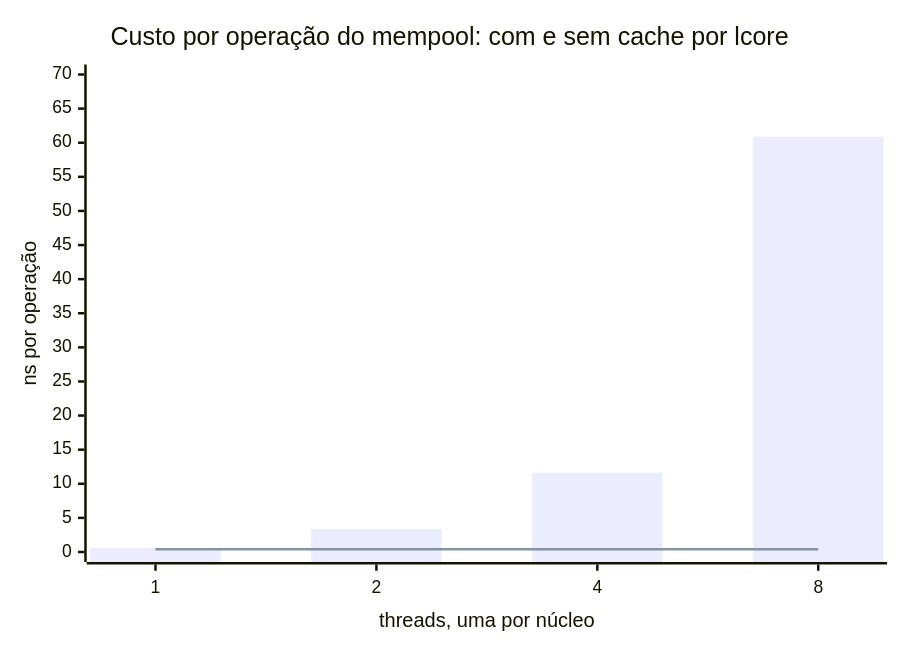
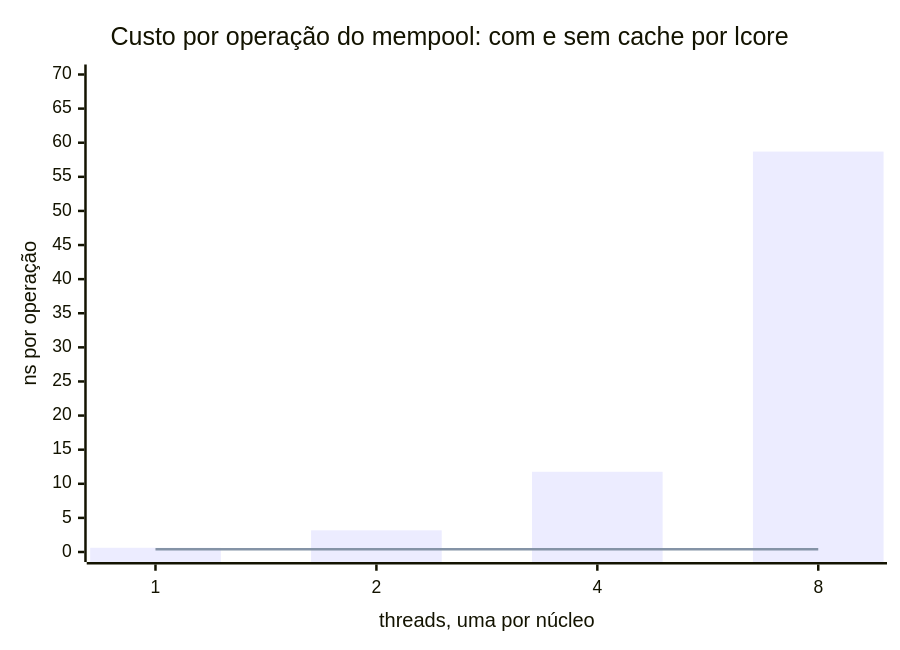
Before and after one commit to hroberto/labs-dpdk-academy: the second of 2 diagrams in trilha/01-fundamentos/02-mempool-ring/alternativas/cpp23/README.md, drawn with Mermaid. The commit also changed 7 other files, not shown here.

````diff
--- a/trilha/01-fundamentos/02-mempool-ring/alternativas/cpp23/README.md
+++ b/trilha/01-fundamentos/02-mempool-ring/alternativas/cpp23/README.md
@@ -342,8 +342,8 @@
 ```mermaid
 xychart-beta
     title "Custo por operação do mempool: com e sem cache por lcore"
     x-axis "threads, uma por núcleo" ["1", "2", "4", "8"]
     y-axis "ns por operação" 0 --> 70
-    bar "sem cache (cache_size = 0)" [0.62, 3.37, 11.61, 60.87]
+    bar "sem cache (cache_size = 0)" [0.62, 3.18, 11.76, 58.70]
     line "com cache (cache_size = 512)" [0.41, 0.42, 0.41, 0.42]
 ```
````
